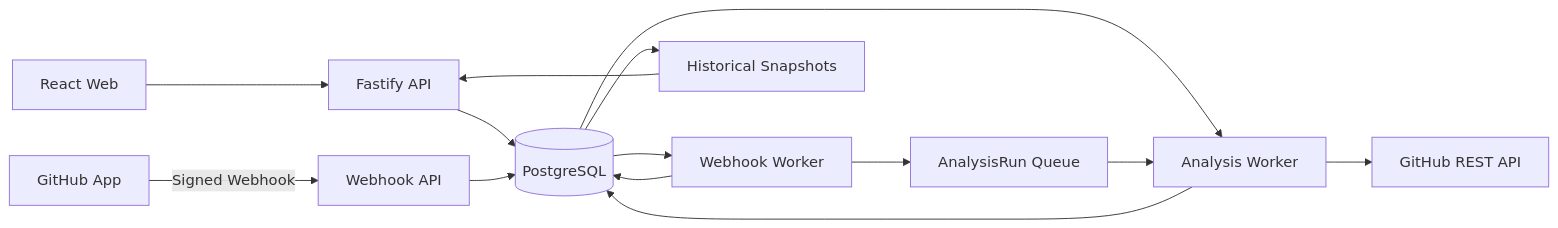
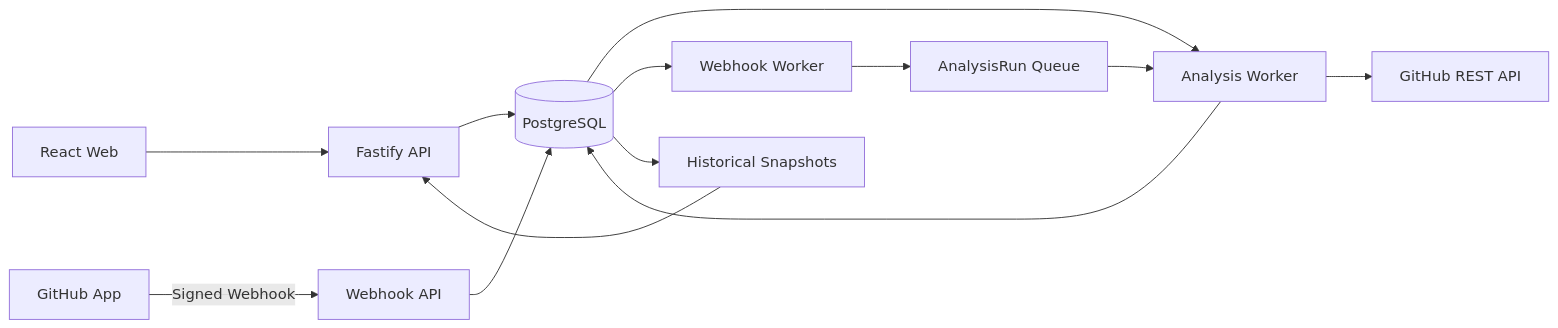
One commit to Chikachi00/RepoPulse-GitHub changed the first of 2 diagrams in README.md. Above: the diagram before and after it, drawn with Mermaid. The commit also changed other lines of this file and 1 other file, not shown here.

````diff
--- a/README.md
+++ b/README.md
@@ -69,20 +170,19 @@
 ```mermaid
 flowchart LR
     Web[React Web] --> API[Fastify API]
     API --> DB[(PostgreSQL)]
 
     DB --> AnalysisWorker[Analysis Worker]
     AnalysisWorker --> GitHubAPI[GitHub REST API]
     AnalysisWorker --> DB
 
     GitHubApp[GitHub App] -->|Signed Webhook| WebhookAPI[Webhook API]
     WebhookAPI --> DB
 
     DB --> WebhookWorker[Webhook Worker]
-    WebhookWorker --> DB
     WebhookWorker --> AnalysisQueue[AnalysisRun Queue]
     AnalysisQueue --> AnalysisWorker
 
     DB --> History[Historical Snapshots]
     History --> API
 ```
````
